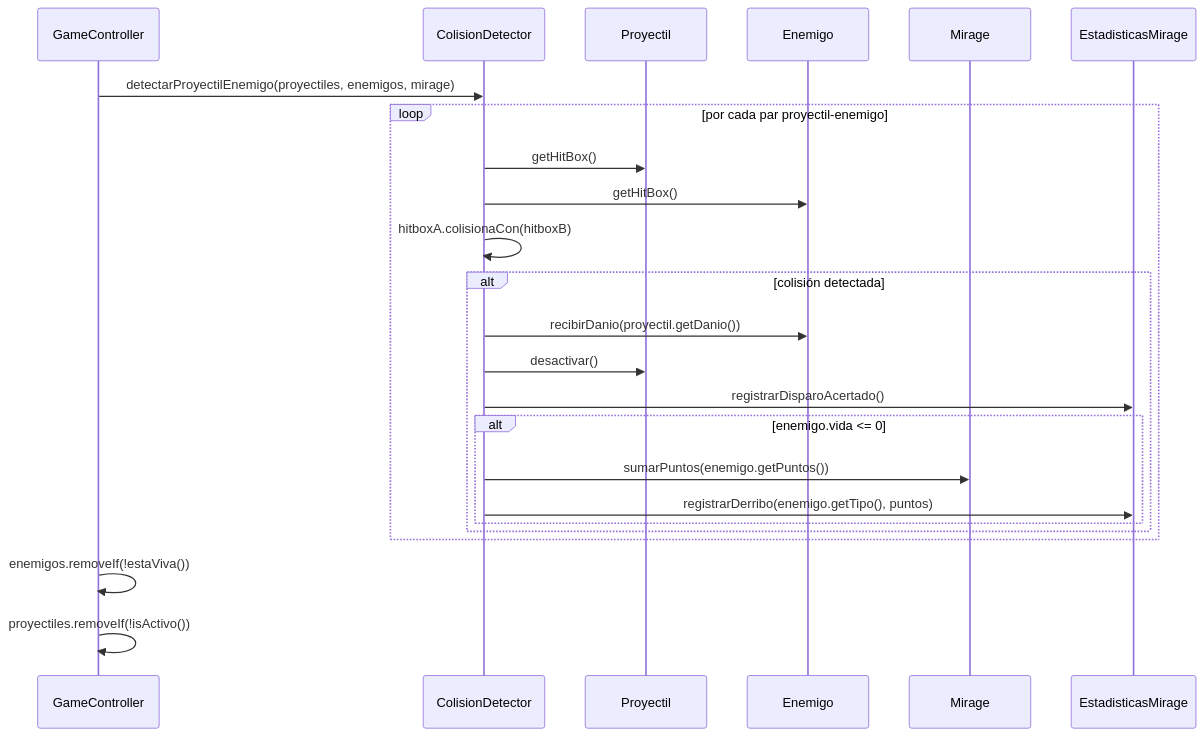
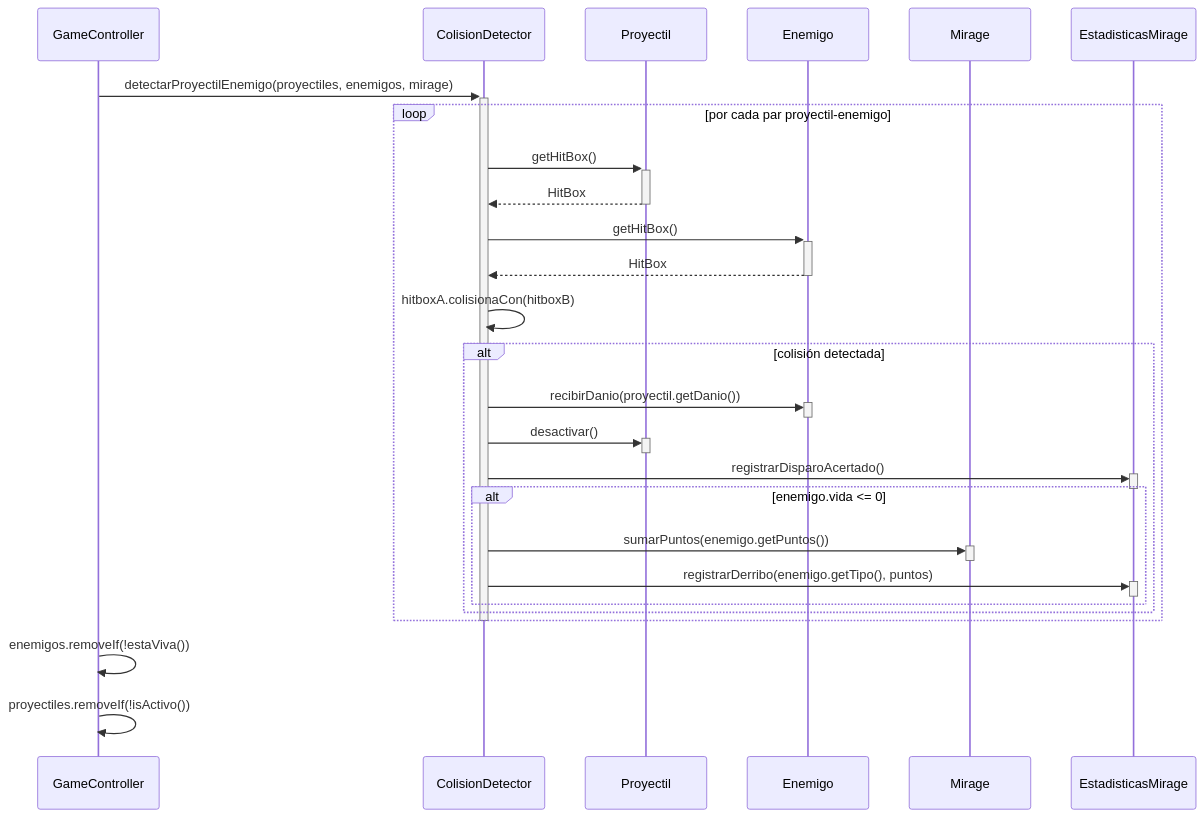
Before and after one commit to Christian-Rojas-Rodriguez/juego-1982: the fourth of 12 diagrams in docs/analisis/casos-de-uso.md, drawn with Mermaid. The commit also changed other lines of this file, not shown here.

Commit message:
Agregar rectángulos de activación a todos los diagramas de secuencia

````diff
--- a/docs/analisis/casos-de-uso.md
+++ b/docs/analisis/casos-de-uso.md
@@ -160,27 +178,35 @@
 ```mermaid
 sequenceDiagram
     participant GameController
     participant ColisionDetector
     participant Proyectil
     participant Enemigo
     participant Mirage
     participant EstadisticasMirage
 
-    GameController->>ColisionDetector: detectarProyectilEnemigo(proyectiles, enemigos, mirage)
+    GameController->>+ColisionDetector: detectarProyectilEnemigo(proyectiles, enemigos, mirage)
     loop por cada par proyectil-enemigo
-        ColisionDetector->>Proyectil: getHitBox()
-        ColisionDetector->>Enemigo: getHitBox()
+        ColisionDetector->>+Proyectil: getHitBox()
+        Proyectil-->>-ColisionDetector: HitBox
+        ColisionDetector->>+Enemigo: getHitBox()
+        Enemigo-->>-ColisionDetector: HitBox
         ColisionDetector->>ColisionDetector: hitboxA.colisionaCon(hitboxB)
         alt colisión detectada
-            ColisionDetector->>Enemigo: recibirDanio(proyectil.getDanio())
-            ColisionDetector->>Proyectil: desactivar()
-            ColisionDetector->>EstadisticasMirage: registrarDisparoAcertado()
+            ColisionDetector->>+Enemigo: recibirDanio(proyectil.getDanio())
+            deactivate Enemigo
+            ColisionDetector->>+Proyectil: desactivar()
+            deactivate Proyectil
+            ColisionDetector->>+EstadisticasMirage: registrarDisparoAcertado()
+            deactivate EstadisticasMirage
             alt enemigo.vida <= 0
-                ColisionDetector->>Mirage: sumarPuntos(enemigo.getPuntos())
-                ColisionDetector->>EstadisticasMirage: registrarDerribo(enemigo.getTipo(), puntos)
+                ColisionDetector->>+Mirage: sumarPuntos(enemigo.getPuntos())
+                deactivate Mirage
+                ColisionDetector->>+EstadisticasMirage: registrarDerribo(enemigo.getTipo(), puntos)
+                deactivate EstadisticasMirage
             end
         end
     end
+    deactivate ColisionDetector
     GameController->>GameController: enemigos.removeIf(!estaViva())
     GameController->>GameController: proyectiles.removeIf(!isActivo())
 ```
````
